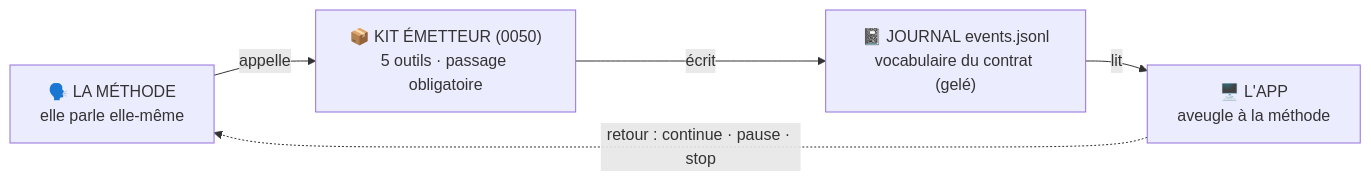
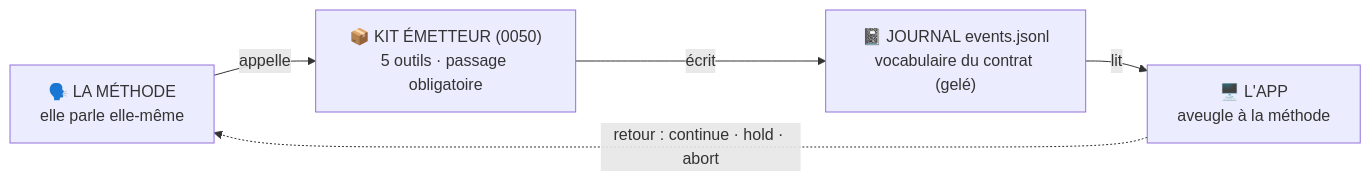
The first of 2 diagrams in docs/brancher-une-methode-existante.md (elzinko/vectorz), drawn with Mermaid before and after one commit. The commit also changed other lines of this file and 2 other files, not shown here.

````diff
--- a/docs/brancher-une-methode-existante.md
+++ b/docs/brancher-une-methode-existante.md
@@ -14,9 +14,9 @@
 ```mermaid
 flowchart LR
     MET["🗣️ LA MÉTHODE<br/>elle parle elle-même"]
     KIT["📦 KIT ÉMETTEUR (0050)<br/>5 outils · passage obligatoire"]
     J["📓 JOURNAL events.jsonl<br/>vocabulaire du contrat (gelé)"]
     APP["🖥️ L'APP<br/>aveugle à la méthode"]
     MET -->|appelle| KIT -->|écrit| J -->|lit| APP
-    APP -.->|"retour : continue · pause · stop"| MET
+    APP -.->|"retour : continue · hold · abort"| MET
 ```
````
